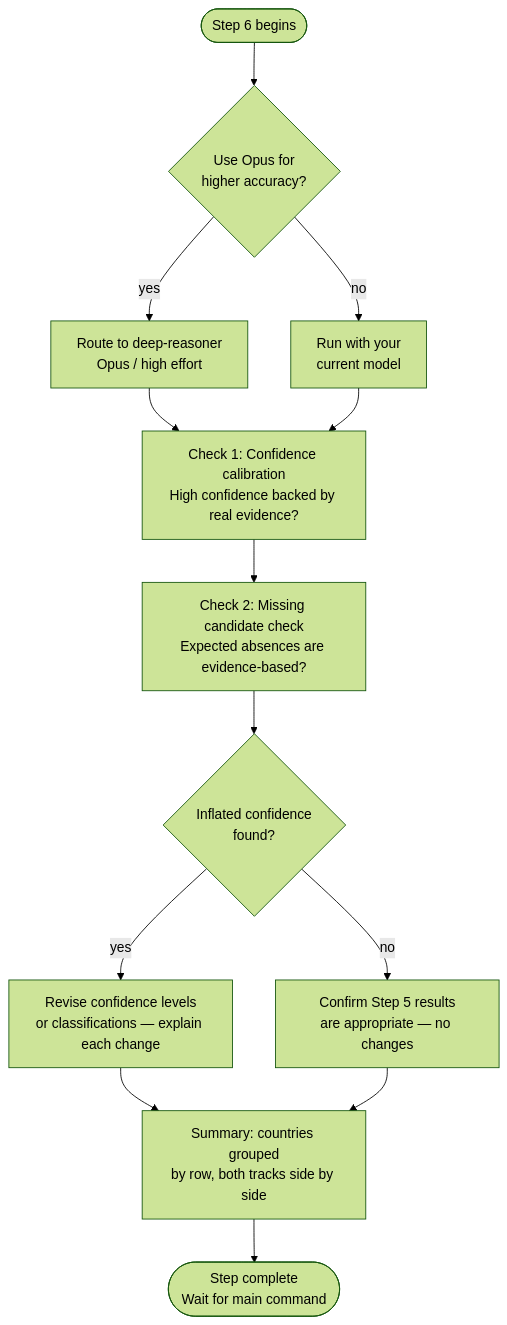
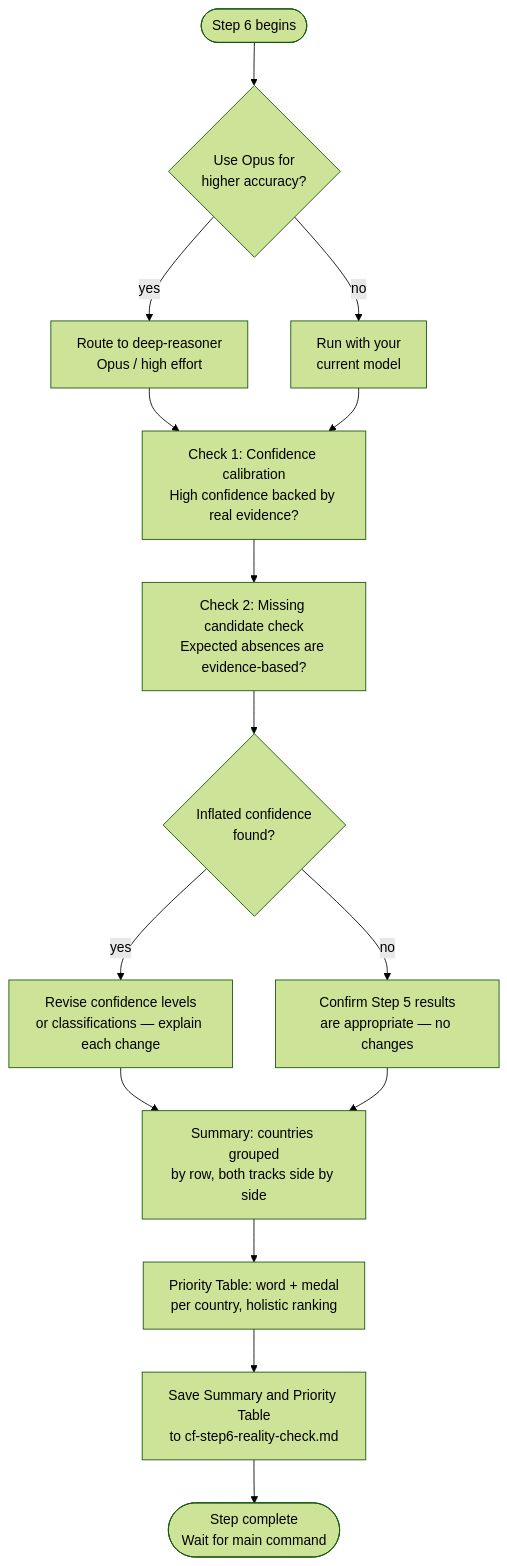
The diagram in docs/commands/country-finder/step6-reality-check.md (myowinthein/agent-compass), drawn with Mermaid (forest theme) before and after one commit. The commit also changed other lines of this file and 5 other files, not shown here.

````diff
--- a/docs/commands/country-finder/step6-reality-check.md
+++ b/docs/commands/country-finder/step6-reality-check.md
@@ -14,15 +14,17 @@
 ```mermaid
 flowchart TD
   Start([Step 6 begins]) --> OpusQ{Use Opus for\nhigher accuracy?}
   OpusQ -->|yes| DeepReasoner[Route to deep-reasoner\nOpus / high effort]
   OpusQ -->|no| CurrentModel[Run with your\ncurrent model]
   DeepReasoner --> C1
   CurrentModel --> C1[Check 1: Confidence calibration\nHigh confidence backed by real evidence?]
   C1 --> C2[Check 2: Missing candidate check\nExpected absences are evidence-based?]
   C2 --> Recal{Inflated confidence\nfound?}
   Recal -->|yes| Revise[Revise confidence levels\nor classifications — explain each change]
   Recal -->|no| Confirm[Confirm Step 5 results\nare appropriate — no changes]
   Revise --> Summary[Summary: countries grouped\nby row, both tracks side by side]
   Confirm --> Summary
-  Summary --> Done([Step complete\nWait for main command])
+  Summary --> Priority[Priority Table: word + medal\nper country, holistic ranking]
+  Priority --> Save[Save Summary and Priority Table\nto cf-step6-reality-check.md]
+  Save --> Done([Step complete\nWait for main command])
 ```
````
